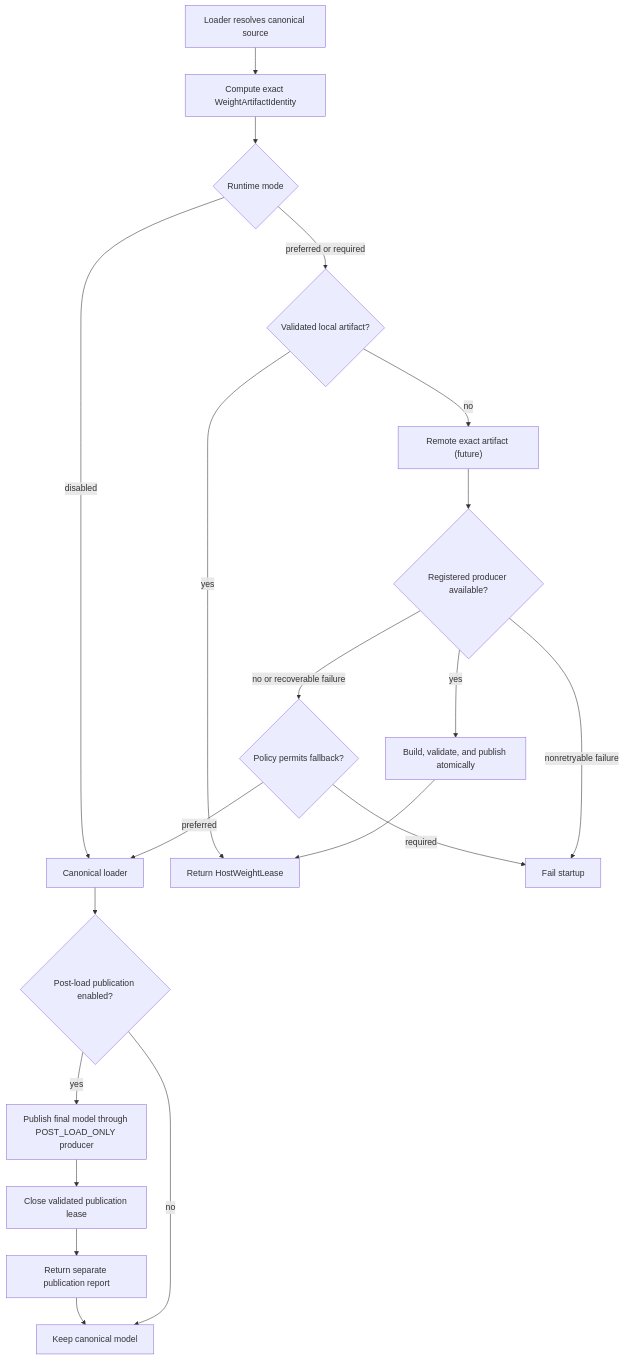
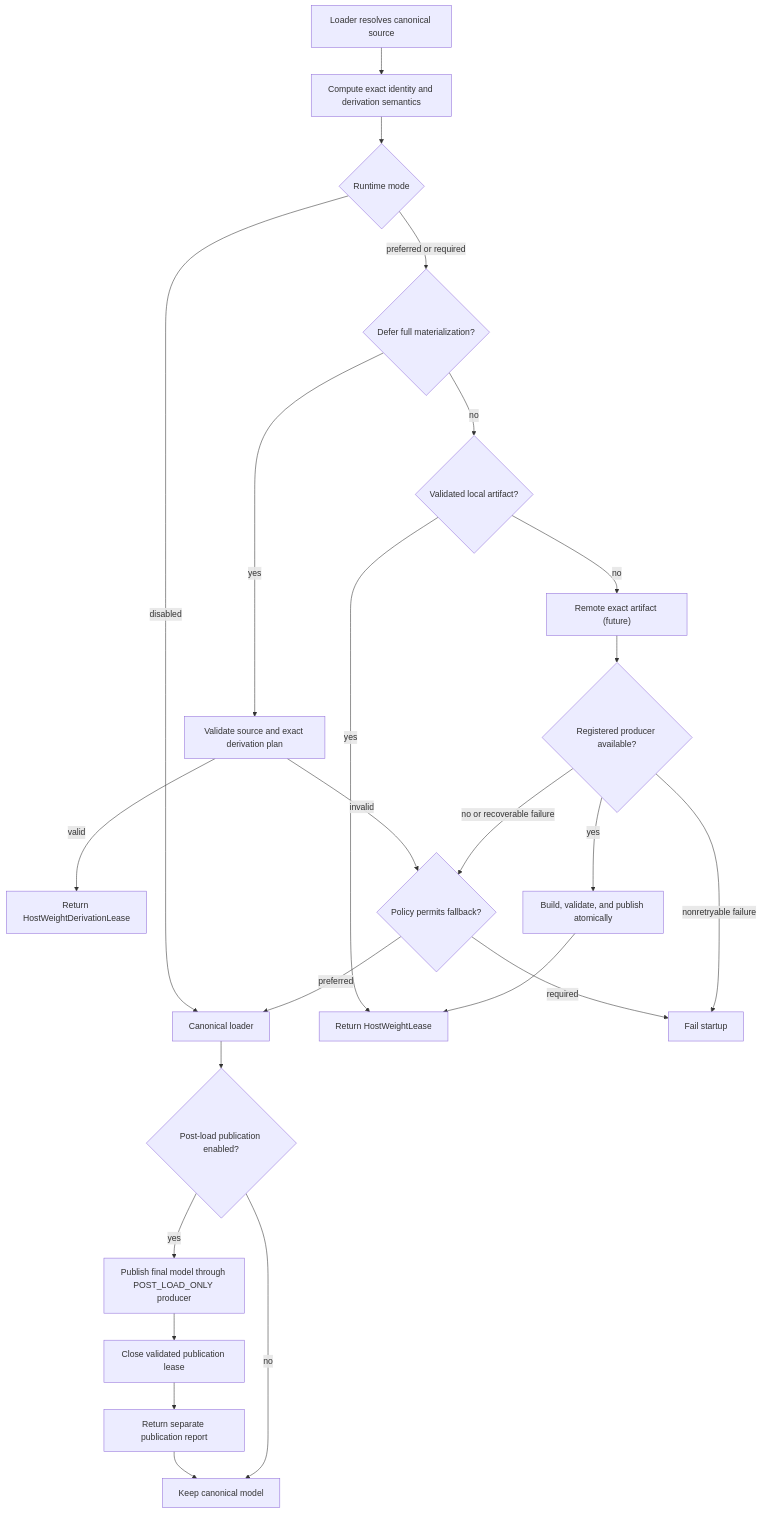
One commit to baonudesifeizhai/vllm-omni changed the first of 2 diagrams in docs/design/feature/host_weight_runtime.md. Above: the diagram before and after it, drawn with Mermaid. The commit also changed other lines of this file and 14 other files, not shown here.

````diff
--- a/docs/design/feature/host_weight_runtime.md
+++ b/docs/design/feature/host_weight_runtime.md
@@ -75,22 +79,26 @@
 ```mermaid
 flowchart TD
-    L["Loader resolves canonical source"] --> I["Compute exact WeightArtifactIdentity"]
+    L["Loader resolves canonical source"] --> I["Compute exact identity and derivation semantics"]
     I --> M{"Runtime mode"}
     M -->|"disabled"| C["Canonical loader"]
-    M -->|"preferred or required"| A{"Validated local artifact?"}
+    M -->|"preferred or required"| SD{"Defer full materialization?"}
+    SD -->|"yes"| V["Validate source and exact derivation plan"]
+    V -->|"valid"| DL["Return HostWeightDerivationLease"]
+    V -->|"invalid"| F
+    SD -->|"no"| A{"Validated local artifact?"}
     A -->|"yes"| R["Return HostWeightLease"]
     A -->|"no"| X["Remote exact artifact (future)"]
     X --> P{"Registered producer available?"}
     P -->|"yes"| B["Build, validate, and publish atomically"]
     B --> R
     P -->|"no or recoverable failure"| F{"Policy permits fallback?"}
     F -->|"preferred"| C
     F -->|"required"| E["Fail startup"]
     P -->|"nonretryable failure"| E
     C --> W{"Post-load publication enabled?"}
     W -->|"yes"| B2["Publish final model through POST_LOAD_ONLY producer"]
     B2 --> CL["Close validated publication lease"]
     CL --> R2["Return separate publication report"]
-    R2 --> D
-    W -->|"no"| D["Keep canonical model"]
+    R2 --> K
+    W -->|"no"| K["Keep canonical model"]
 ```
````
